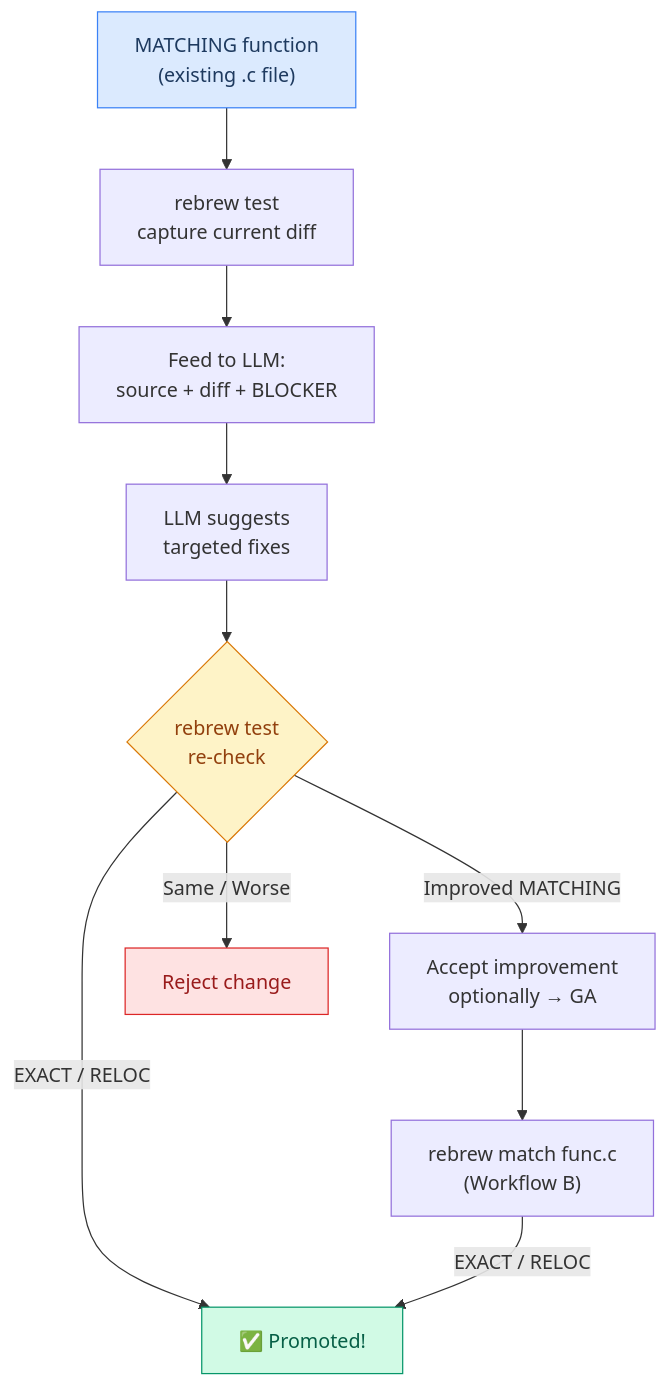
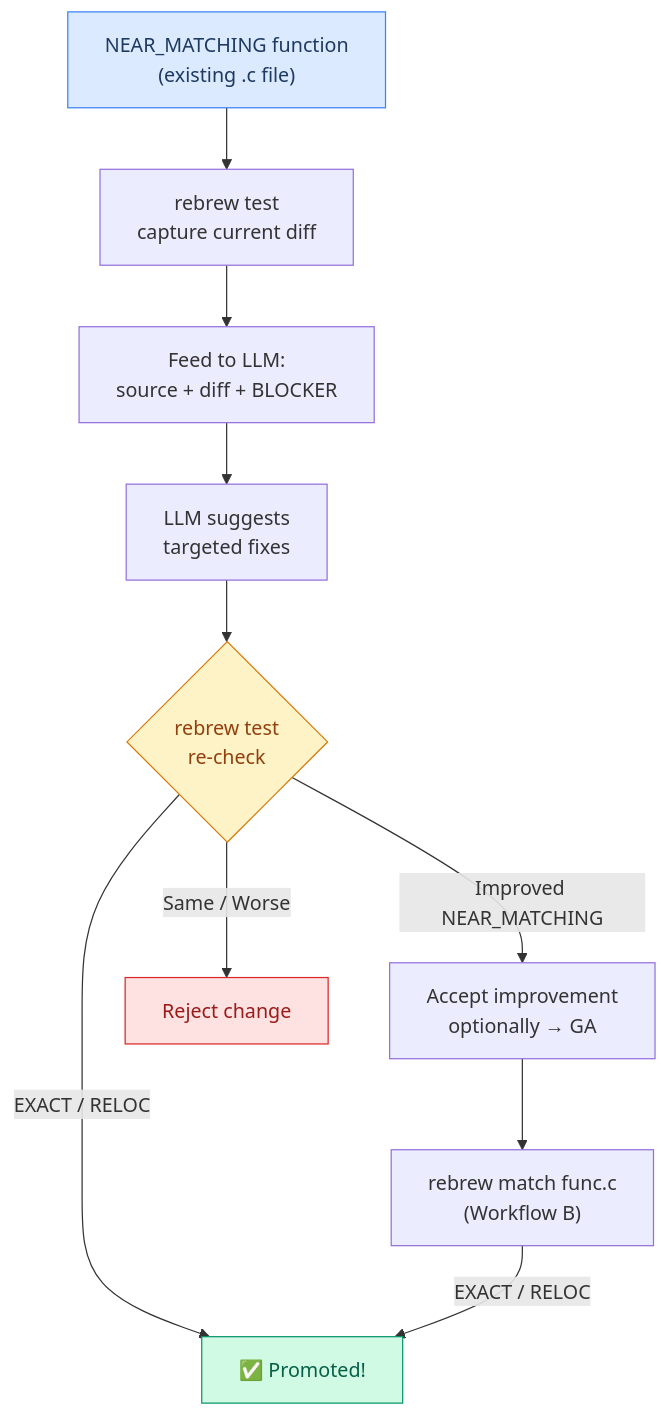
One commit to maci0/rebrew changed diagram 14 of 16 in docs/USER_STORIES.md. Above: the diagram before and after it, drawn with Mermaid. The commit also changed other lines of this file and 81 other files, not shown here.

````diff
--- a/docs/USER_STORIES.md
+++ b/docs/USER_STORIES.md
@@ -462,17 +462,17 @@
 ```mermaid
 graph TD
-    A["MATCHING function<br/>(existing .c file)"] --> B["rebrew test<br/>capture current diff"]
+    A["NEAR_MATCHING function<br/>(existing .c file)"] --> B["rebrew test<br/>capture current diff"]
     B --> C["Feed to LLM:<br/>source + diff + BLOCKER"]
     C --> D["LLM suggests<br/>targeted fixes"]
     D --> E{"rebrew test<br/>re-check"}
     E -->|"EXACT / RELOC"| F["✅ Promoted!"]
-    E -->|"Improved MATCHING"| G["Accept improvement<br/>optionally → GA"]
+    E -->|"Improved NEAR_MATCHING"| G["Accept improvement<br/>optionally → GA"]
     E -->|"Same / Worse"| H["Reject change"]
     G --> I["rebrew match func.c<br/>(Workflow B)"]
     I -->|"EXACT / RELOC"| F
 
     style A fill:#dbeafe,stroke:#3b82f6,color:#1e3a5f
     style F fill:#d1fae5,stroke:#059669,color:#065f46
     style H fill:#fee2e2,stroke:#dc2626,color:#991b1b
     style E fill:#fef3c7,stroke:#d97706,color:#92400e
 ```
````
